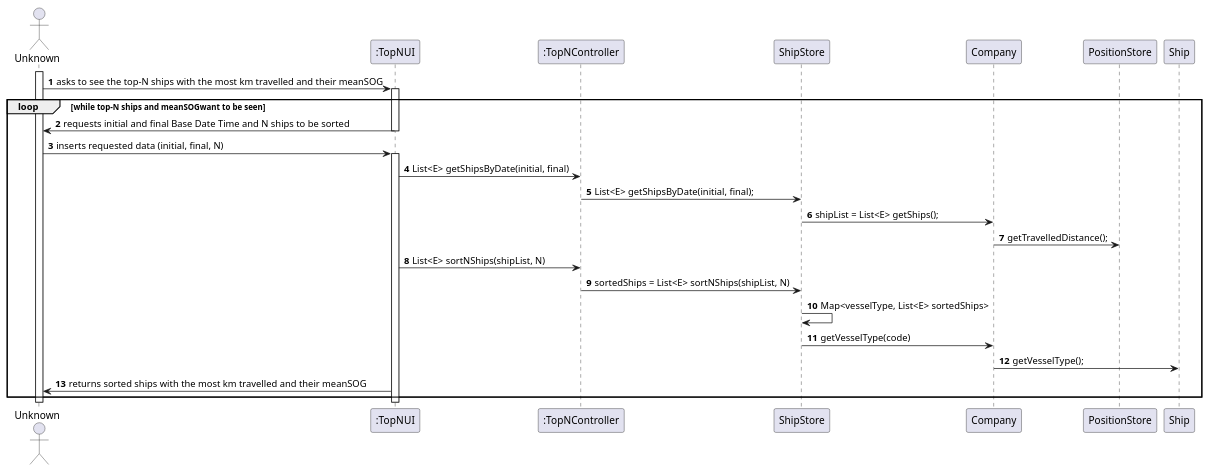
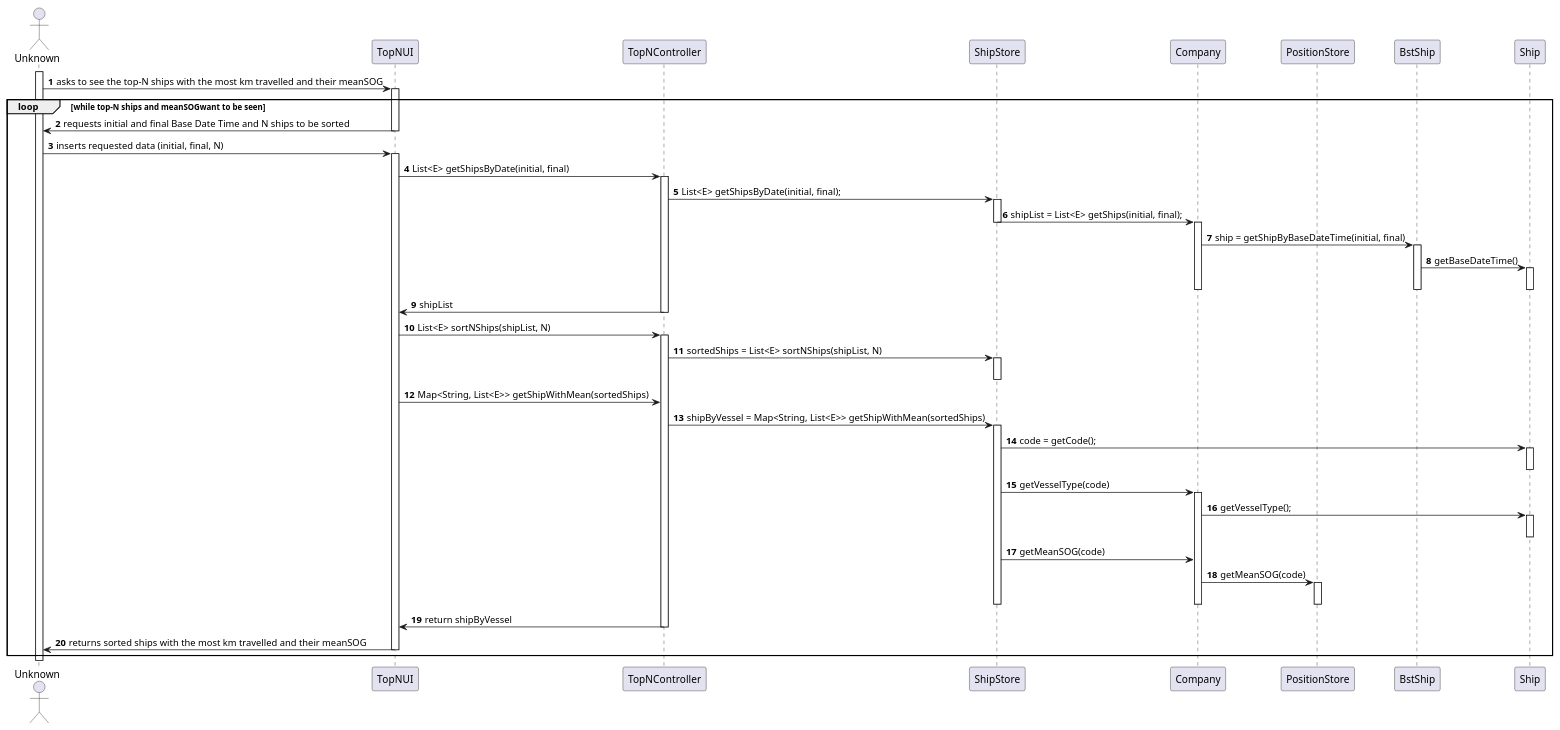
One commit to ana-albergaria/LAPR3-ISEP changed the diagram in docs/US106/US106_SD.puml. Above: the diagram before and after it, drawn with PlantUML. The commit also changed 6 other files, not shown here.

```diff
--- a/docs/US106/US106_SD.puml
+++ b/docs/US106/US106_SD.puml
@@ -1,41 +1,69 @@
 @startuml
 autonumber
 'hide footbox
 actor "Unknown" as ADM
 
-participant ":TopNUI" as UI
-participant ":TopNController" as CTRL
+participant "TopNUI" as UI
+participant "TopNController" as CTRL
 participant "ShipStore" as STORE
 participant "Company" as COMP
 participant "PositionStore" as POSITION
+participant "BstShip" as BST
 participant "Ship" as SHIP
 
 
 activate ADM
 ADM -> UI : asks to see the top-N ships with the most km travelled and their meanSOG
 activate UI
 loop while top-N ships and meanSOGwant to be seen
 UI -> ADM : requests initial and final Base Date Time and N ships to be sorted
 deactivate UI
 
 ADM -> UI : inserts requested data (initial, final, N)
 activate UI
 UI -> CTRL : List<E> getShipsByDate(initial, final)
+activate CTRL
 CTRL -> STORE : List<E> getShipsByDate(initial, final);
-STORE -> COMP : shipList = List<E> getShips();
-COMP -> POSITION : getTravelledDistance();
+activate STORE
+STORE -> COMP : shipList = List<E> getShips(initial, final);
+deactivate STORE
+activate COMP
+COMP -> BST : ship = getShipByBaseDateTime(initial, final)
+activate BST
+BST -> SHIP : getBaseDateTime()
+activate SHIP
+deactivate SHIP
+deactivate BST
+deactivate COMP
+CTRL -> UI : shipList
+deactivate CTRL
 
 UI -> CTRL : List<E> sortNShips(shipList, N)
+activate CTRL
 CTRL -> STORE : sortedShips = List<E> sortNShips(shipList, N)
-STORE -> STORE : Map<vesselType, List<E> sortedShips>
+activate STORE
+deactivate STORE
+UI -> CTRL : Map<String, List<E>> getShipWithMean(sortedShips)
+CTRL -> STORE : shipByVessel = Map<String, List<E>> getShipWithMean(sortedShips)
+activate STORE
+STORE -> SHIP : code = getCode();
+activate SHIP
+deactivate SHIP
 STORE -> COMP : getVesselType(code)
+activate COMP
 COMP -> SHIP : getVesselType();
+activate SHIP
+deactivate SHIP
+STORE -> COMP : getMeanSOG(code)
+COMP -> POSITION : getMeanSOG(code)
+activate POSITION
+deactivate POSITION
+deactivate COMP
+deactivate STORE
+CTRL -> UI : return shipByVessel
+deactivate CTRL
 UI -> ADM : returns sorted ships with the most km travelled and their meanSOG
+deactivate UI
 end
-deactivate UI
-
-
-
-
 deactivate ADM
 @enduml
```
